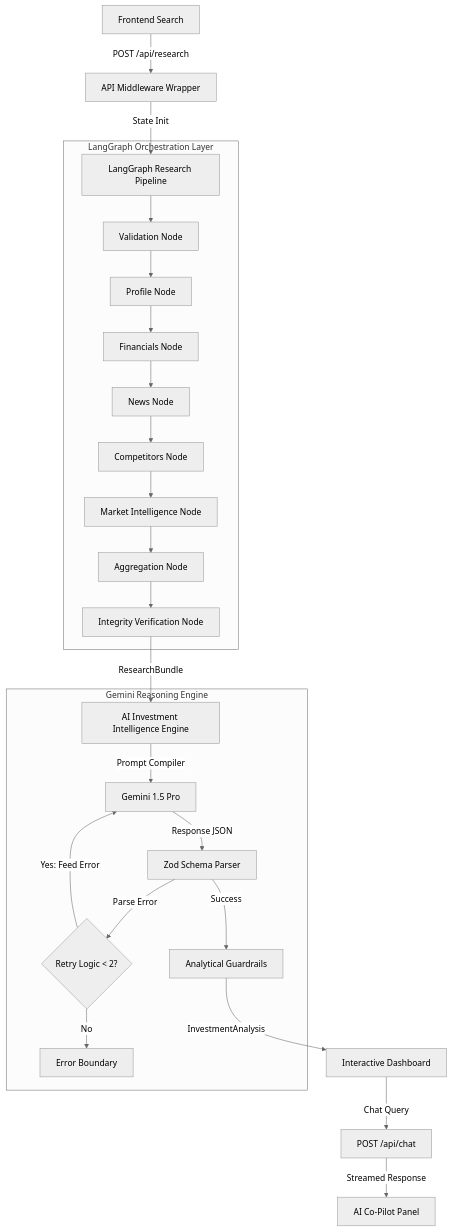
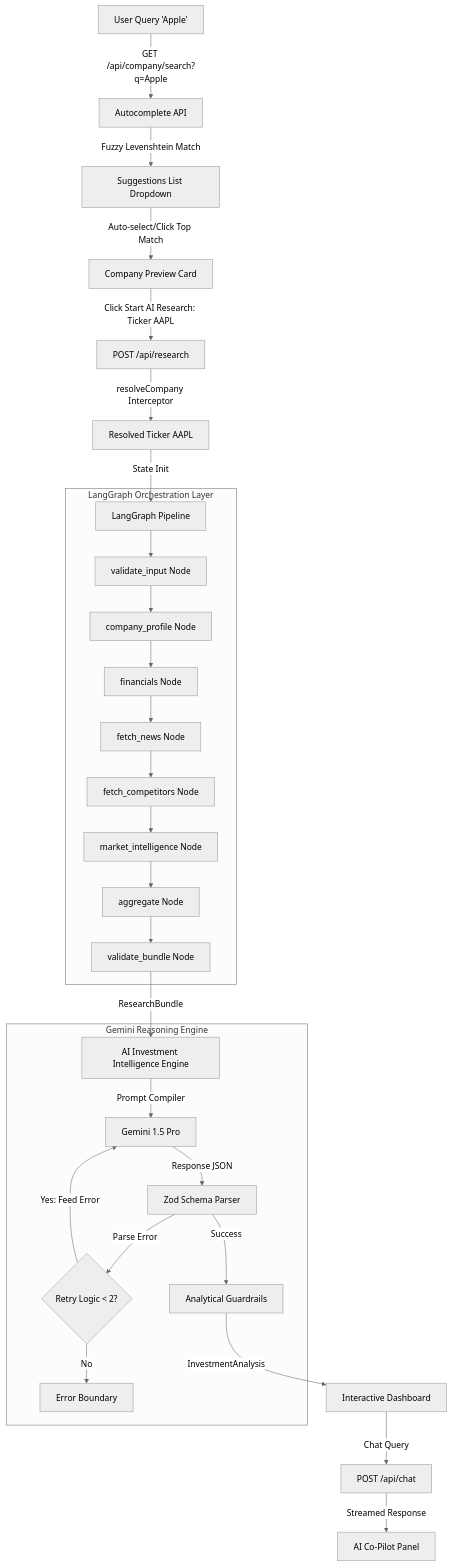
One commit to Harshsaini555/InvestIQ changed the diagram in README.md. Above: the diagram before and after it, drawn with Mermaid (neutral theme). The commit also changed other lines of this file, not shown here.

Commit message:
docs are structured promperly

````diff
--- a/README.md
+++ b/README.md
@@ -36,31 +36,35 @@
 ```mermaid
 graph TD
-    A[Frontend Search] -->|POST /api/research| B[API Middleware Wrapper]
-    B -->|State Init| C[LangGraph Research Pipeline]
+    A[User Query 'Apple'] -->|GET /api/company/search?q=Apple| B[Autocomplete API]
+    B -->|Fuzzy Levenshtein Match| C[Suggestions List Dropdown]
+    C -->|Auto-select/Click Top Match| D[Company Preview Card]
+    D -->|Click Start AI Research: Ticker AAPL| E[POST /api/research]
+    E -->|resolveCompany Interceptor| F[Resolved Ticker AAPL]
+    F -->|State Init| G[LangGraph Pipeline]
     
     subgraph LangGraph Orchestration Layer
-        C --> D[Validation Node]
-        D --> E[Profile Node]
-        E --> F[Financials Node]
-        F --> G[News Node]
-        G --> H[Competitors Node]
-        H --> I[Market Intelligence Node]
-        I --> J[Aggregation Node]
-        J --> K[Integrity Verification Node]
+        G --> H[validate_input Node]
+        H --> I[company_profile Node]
+        I --> J[financials Node]
+        J --> K[fetch_news Node]
+        K --> L[fetch_competitors Node]
+        L --> M[market_intelligence Node]
+        M --> N[aggregate Node]
+        N --> O[validate_bundle Node]
     end
     
-    K -->|ResearchBundle| L[AI Investment Intelligence Engine]
+    O -->|ResearchBundle| P[AI Investment Intelligence Engine]
     
     subgraph Gemini Reasoning Engine
-        L -->|Prompt Compiler| M[Gemini 1.5 Pro]
-        M -->|Response JSON| N[Zod Schema Parser]
-        N -->|Parse Error| O{Retry Logic < 2?}
-        O -->|Yes: Feed Error| M
-        O -->|No| P[Error Boundary]
-        N -->|Success| Q[Analytical Guardrails]
+        P -->|Prompt Compiler| Q[Gemini 1.5 Pro]
+        Q -->|Response JSON| R[Zod Schema Parser]
+        R -->|Parse Error| S{Retry Logic < 2?}
+        S -->|Yes: Feed Error| Q
+        S -->|No| T[Error Boundary]
+        R -->|Success| U[Analytical Guardrails]
     end
     
-    Q -->|InvestmentAnalysis| R[Interactive Dashboard]
-    R -->|Chat Query| S[POST /api/chat]
-    S -->|Streamed Response| T[AI Co-Pilot Panel]
+    U -->|InvestmentAnalysis| V[Interactive Dashboard]
+    V -->|Chat Query| W[POST /api/chat]
+    W -->|Streamed Response| X[AI Co-Pilot Panel]
 ```
````
